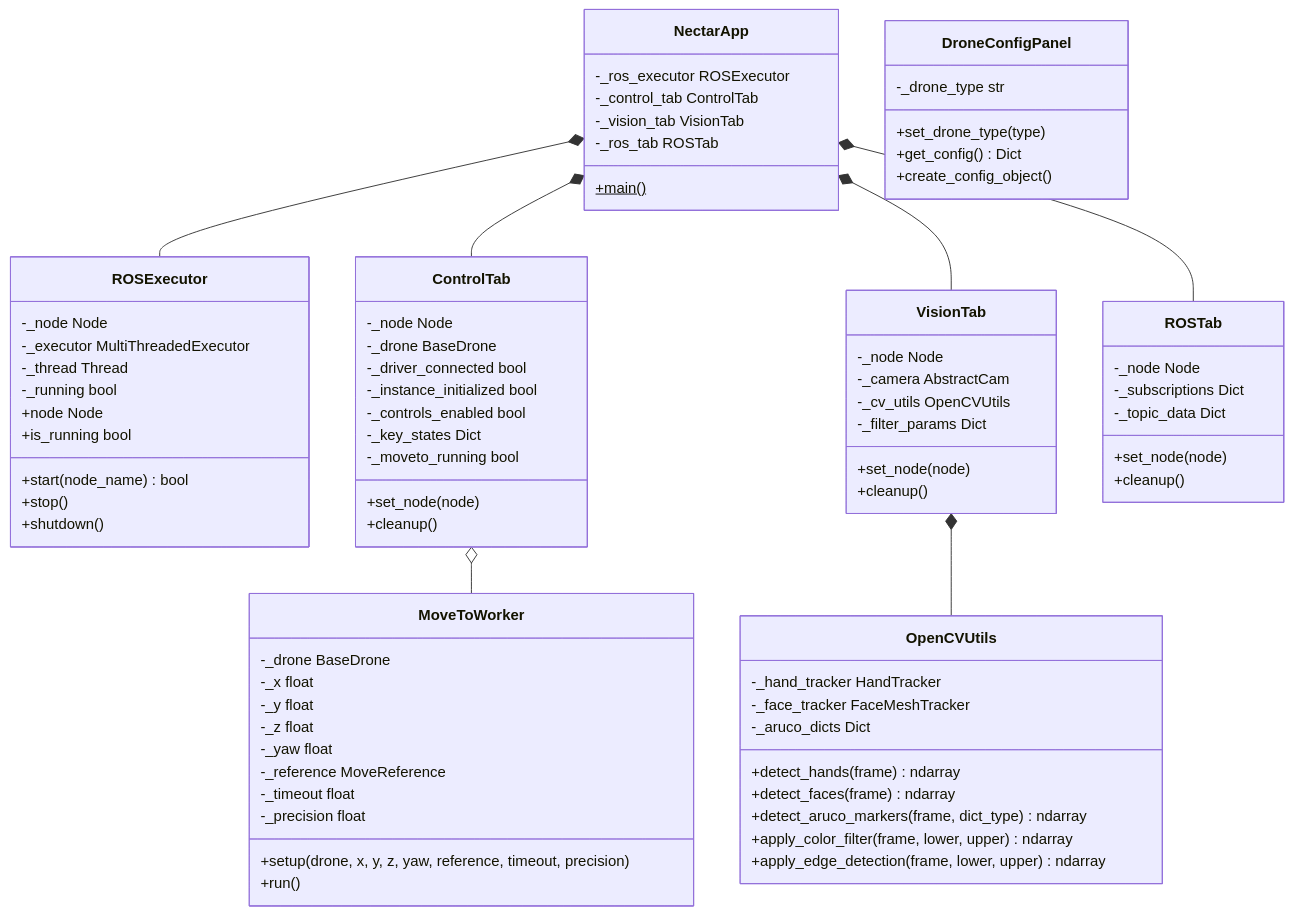
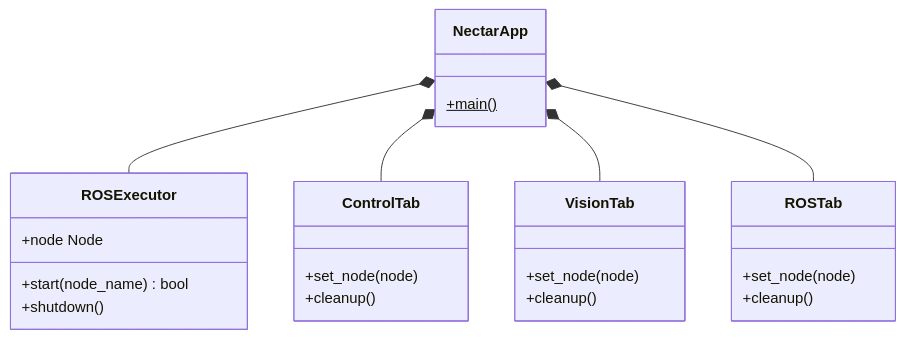
The first of 2 diagrams in nectar/nectar/interface/README.md (Black-Bee-Drones/nectar-sdk), drawn with Mermaid before and after one commit. The commit also changed other lines of this file and 4 other files, not shown here.

Commit message:
docs: adjsutments in diagrams and docs

````diff
--- a/nectar/nectar/interface/README.md
+++ b/nectar/nectar/interface/README.md
@@ -14,89 +97,32 @@
 ```mermaid
 classDiagram
     class NectarApp {
-        -_ros_executor ROSExecutor
-        -_control_tab ControlTab
-        -_vision_tab VisionTab
-        -_ros_tab ROSTab
         +main()$
     }
 
     class ROSExecutor {
-        -_node Node
-        -_executor MultiThreadedExecutor
-        -_thread Thread
-        -_running bool
         +node Node
-        +is_running bool
         +start(node_name) bool
-        +stop()
         +shutdown()
     }
 
     class ControlTab {
-        -_node Node
-        -_drone BaseDrone
-        -_driver_connected bool
-        -_instance_initialized bool
-        -_controls_enabled bool
-        -_key_states Dict
-        -_moveto_running bool
         +set_node(node)
         +cleanup()
     }
 
-    class MoveToWorker {
-        -_drone BaseDrone
-        -_x float
-        -_y float
-        -_z float
-        -_yaw float
-        -_reference MoveReference
-        -_timeout float
-        -_precision float
-        +setup(drone, x, y, z, yaw, reference, timeout, precision)
-        +run()
-    }
-
-    class DroneConfigPanel {
-        -_drone_type str
-        +set_drone_type(type)
-        +get_config() Dict
-        +create_config_object()
-    }
-
     class VisionTab {
-        -_node Node
-        -_camera AbstractCam
-        -_cv_utils OpenCVUtils
-        -_filter_params Dict
         +set_node(node)
         +cleanup()
     }
 
     class ROSTab {
-        -_node Node
-        -_subscriptions Dict
-        -_topic_data Dict
         +set_node(node)
         +cleanup()
-    }
-
-    class OpenCVUtils {
-        -_hand_tracker HandTracker
-        -_face_tracker FaceMeshTracker
-        -_aruco_dicts Dict
-        +detect_hands(frame) ndarray
-        +detect_faces(frame) ndarray
-        +detect_aruco_markers(frame, dict_type) ndarray
-        +apply_color_filter(frame, lower, upper) ndarray
-        +apply_edge_detection(frame, lower, upper) ndarray
     }
 
     NectarApp *-- ROSExecutor
     NectarApp *-- ControlTab
     NectarApp *-- VisionTab
     NectarApp *-- ROSTab
-    VisionTab *-- OpenCVUtils
-    ControlTab o-- MoveToWorker
 ```
````
